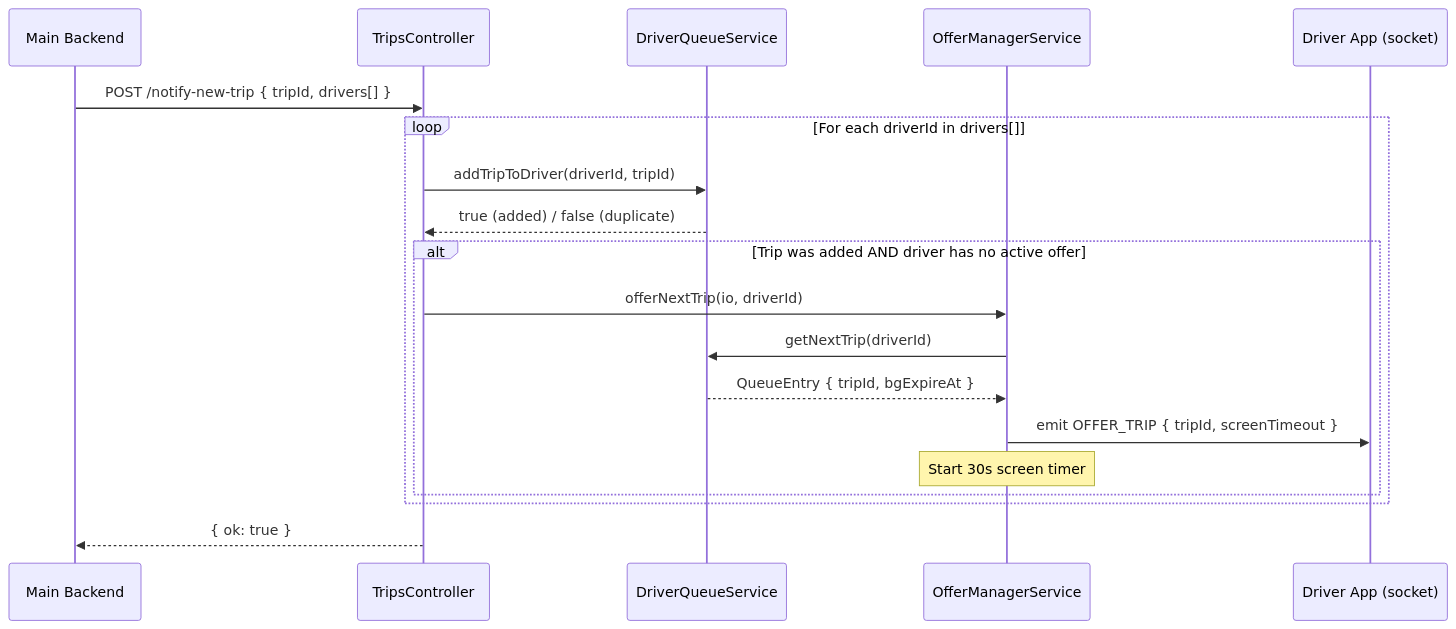
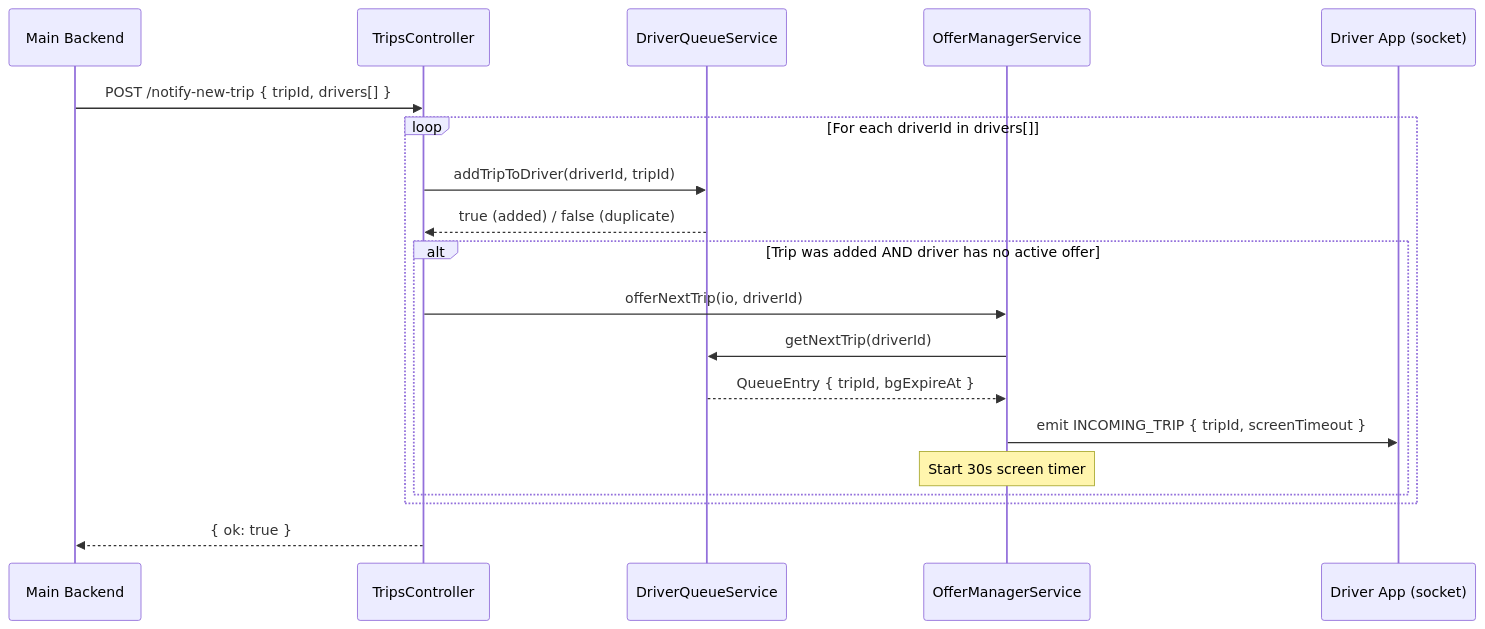
Before and after one commit to rahul-shaw18/loadgo-nestjs-server: diagram 13 of 21 in DOCUMENTATION.md, drawn with Mermaid. The commit also changed other lines of this file and 4 other files, not shown here.

Commit message:
feat: implement TripsGateway and OfferManagerService to handle real-time trip assignment and socket event synchronization

````diff
--- a/DOCUMENTATION.md
+++ b/DOCUMENTATION.md
@@ -704,25 +704,25 @@
 ```mermaid
 sequenceDiagram
     participant BE as Main Backend
     participant CTRL as TripsController
     participant DQ as DriverQueueService
     participant OM as OfferManagerService
     participant Driver as Driver App (socket)
 
     BE->>CTRL: POST /notify-new-trip { tripId, drivers[] }
 
     loop For each driverId in drivers[]
         CTRL->>DQ: addTripToDriver(driverId, tripId)
         DQ-->>CTRL: true (added) / false (duplicate)
 
         alt Trip was added AND driver has no active offer
             CTRL->>OM: offerNextTrip(io, driverId)
             OM->>DQ: getNextTrip(driverId)
             DQ-->>OM: QueueEntry { tripId, bgExpireAt }
-            OM->>Driver: emit OFFER_TRIP { tripId, screenTimeout }
+            OM->>Driver: emit INCOMING_TRIP { tripId, screenTimeout }
             Note over OM: Start 30s screen timer
         end
     end
 
     CTRL-->>BE: { ok: true }
 ```
````
